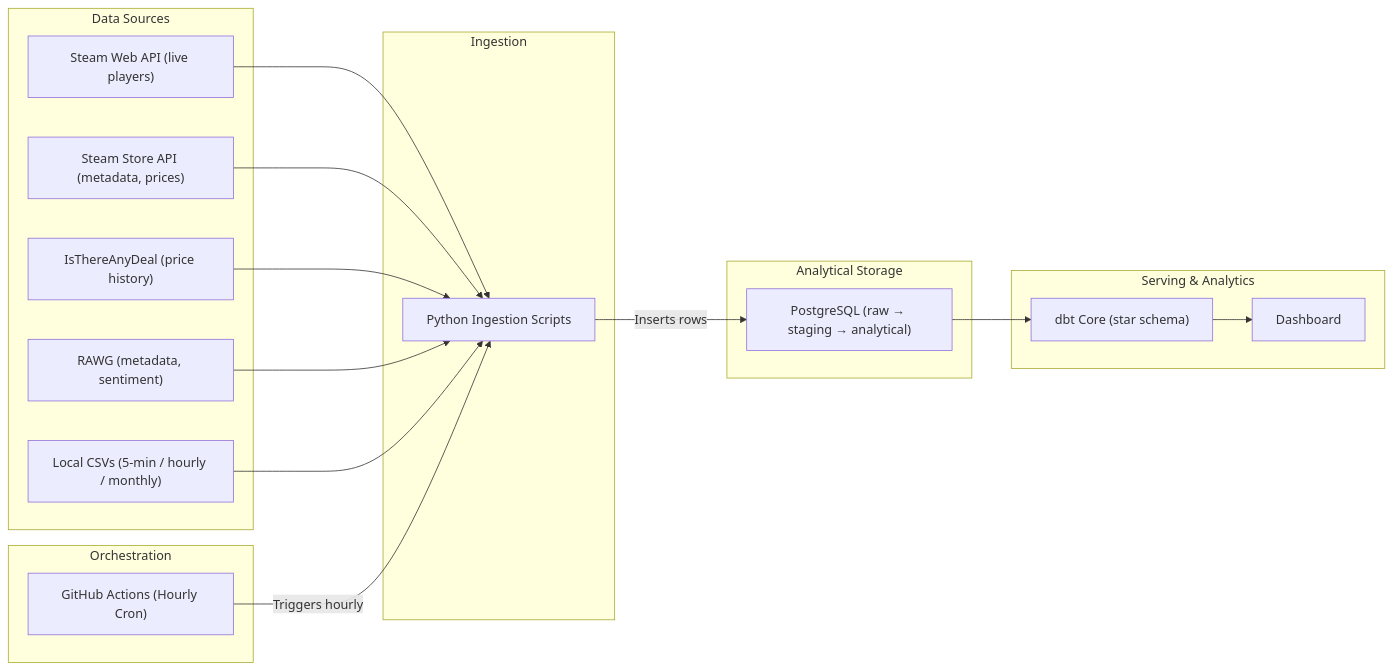
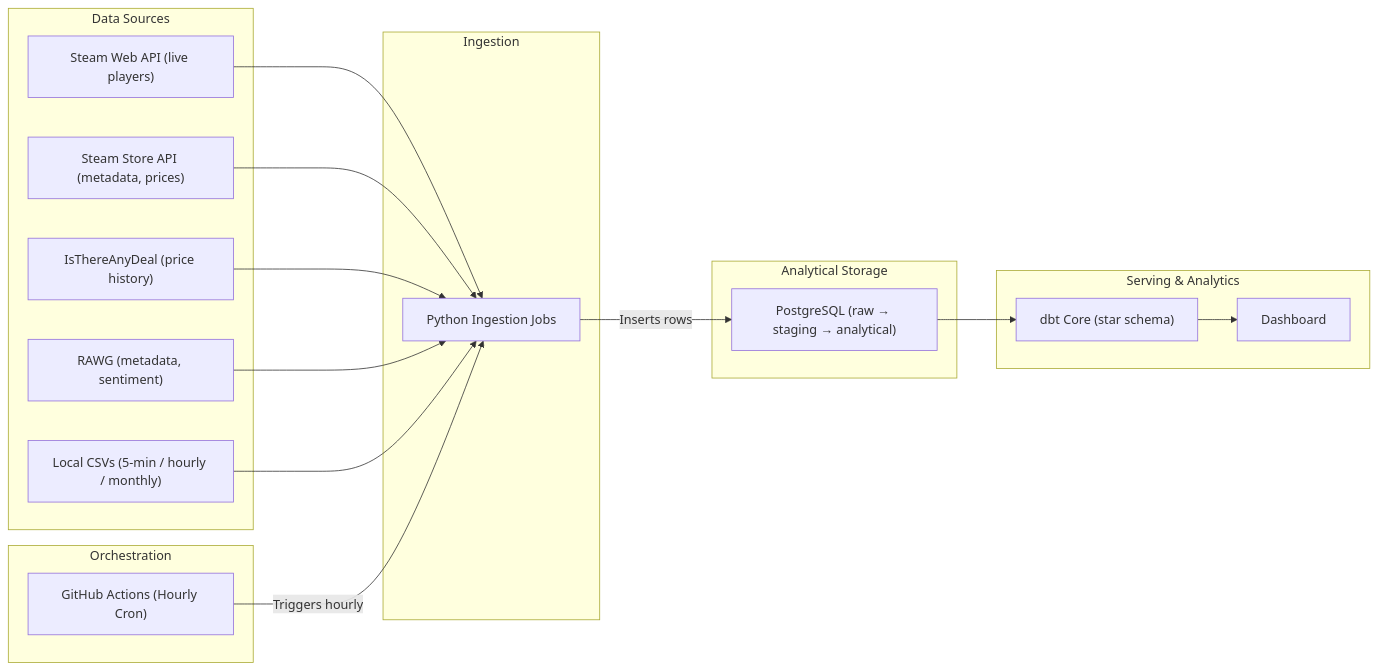
The diagram in README.md (Aakash-1107/Game-Market-Intelligence), drawn with Mermaid before and after one commit. The commit also changed other lines of this file, not shown here.

Commit message:
README: rename ingestion scripts to ingestion jobs

````diff
--- a/README.md
+++ b/README.md
@@ -16,37 +16,37 @@
 ```mermaid
 flowchart LR
     subgraph Sources [Data Sources]
         SteamAPI["Steam Web API (live players)"]
         StoreAPI["Steam Store API (metadata, prices)"]
         ITAD["IsThereAnyDeal (price history)"]
         RawgAPI["RAWG (metadata, sentiment)"]
         LocalCSV["Local CSVs (5-min / hourly / monthly)"]
     end
 
     subgraph Orchestration [Orchestration]
         GHActions["GitHub Actions (Hourly Cron)"]
     end
 
     subgraph Ingestion [Ingestion]
-        PythonIngest["Python Ingestion Scripts"]
+        PythonIngest["Python Ingestion Jobs"]
     end
 
     subgraph Storage [Analytical Storage]
         Postgres["PostgreSQL (raw → staging → analytical)"]
     end
 
     subgraph Analytics [Serving & Analytics]
         DBT["dbt Core (star schema)"]
         Dashboard["Dashboard"]
     end
 
     SteamAPI --> PythonIngest
     StoreAPI --> PythonIngest
     ITAD --> PythonIngest
     RawgAPI --> PythonIngest
     LocalCSV --> PythonIngest
 
     GHActions -->|Triggers hourly| PythonIngest
     PythonIngest -->|Inserts rows| Postgres
     Postgres --> DBT --> Dashboard
 ```
````
